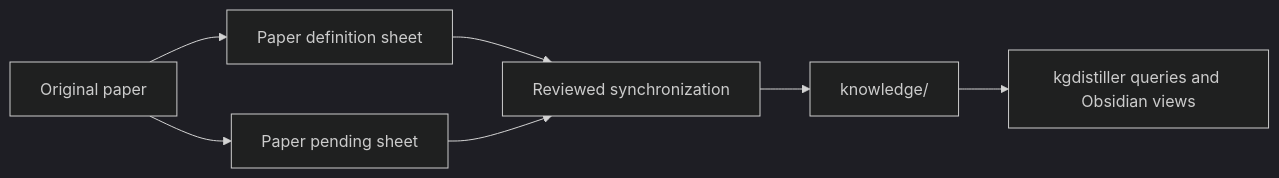
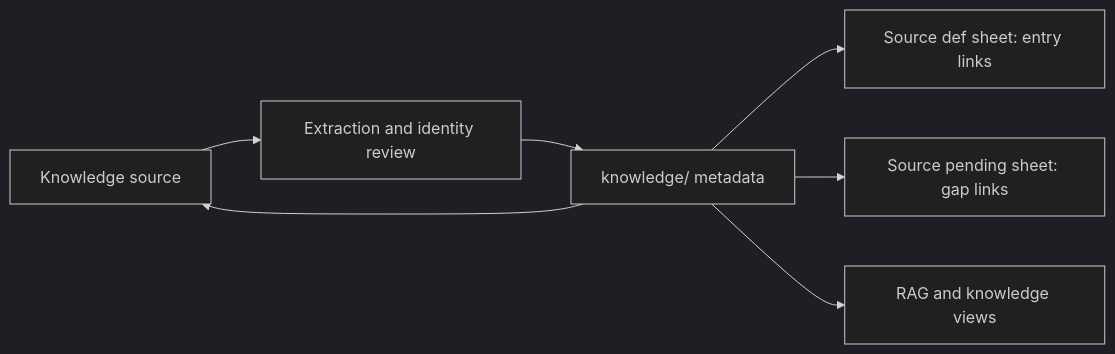
Before and after one commit to qiulinfan/kgdistiller: the diagram in docs/paper-sheets-upstream.md, drawn with Mermaid (dark theme). The commit also changed other lines of this file and 22 other files, not shown here.

Commit message:
Generalize knowledge sheets as metadata projections

````diff
--- a/docs/paper-sheets-upstream.md
+++ b/docs/paper-sheets-upstream.md
@@ -14,9 +8,9 @@
 ```mermaid
 flowchart LR
-  S[Original paper] --> D[Paper definition sheet]
-  S --> P[Paper pending sheet]
-  D --> R[Reviewed synchronization]
-  P --> R
-  R --> K[knowledge/]
-  K --> V[kgdistiller queries and Obsidian views]
+  S[Knowledge source] --> R[Extraction and identity review]
+  R --> K[knowledge/ metadata]
+  K --> D[Source def sheet: entry links]
+  K --> P[Source pending sheet: gap links]
+  K --> Q[RAG and knowledge views]
+  K --> S
 ```
````
